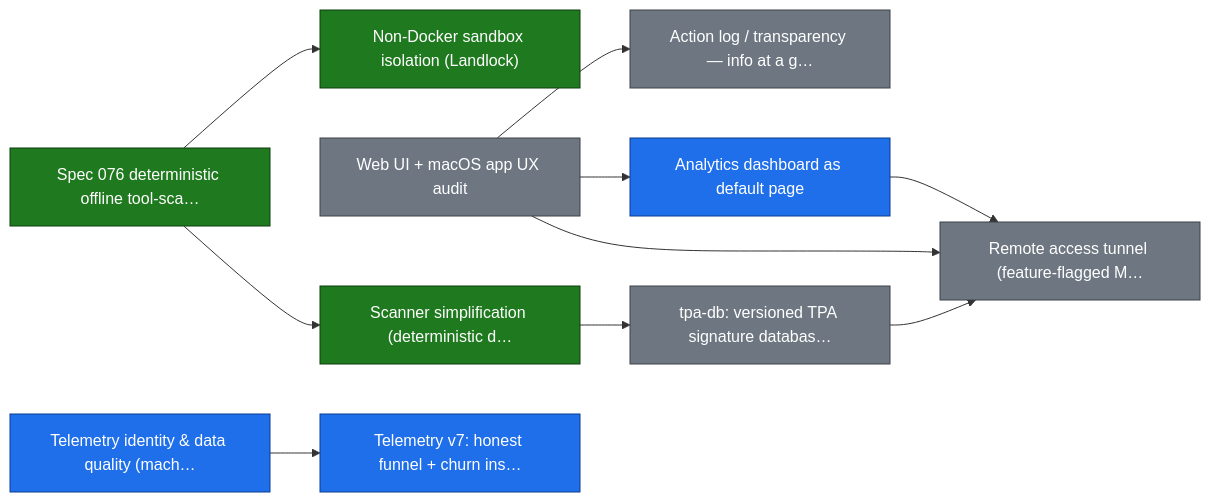
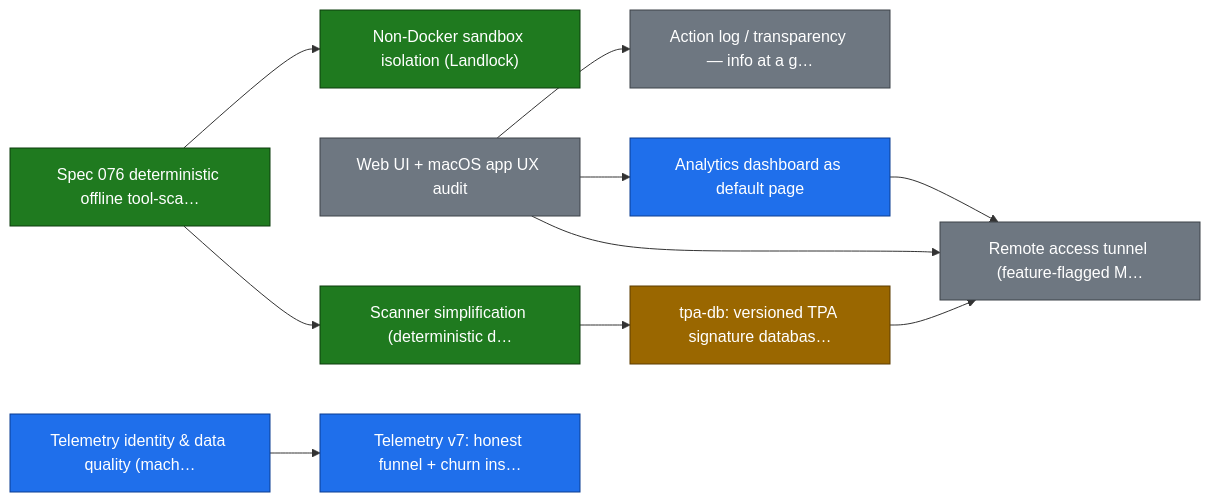
The first of 18 diagrams in ROADMAP.md (smart-mcp-proxy/mcpproxy-go), drawn with Mermaid before and after one commit. The commit also changed other lines of this file and 1 other file, not shown here.

First line of the commit message:
chore(roadmap): sync statuses — QA-gate T2 done, mcp-2026 unblocked, specs 101/102 tracked

````diff
--- a/ROADMAP.md
+++ b/ROADMAP.md
@@ -36,30 +36,32 @@
 ```mermaid
 graph LR
   sandbox_isolation["Non-Docker sandbox isolation (Landlock)"]
   scanner_v2["Spec 076 deterministic offline tool-sca…"]
   ux_audit["Web UI + macOS app UX audit"]
   action_log_transparency["Action log / transparency — info at a g…"]
   analytics_dashboard["Analytics dashboard as default page"]
   scanner_simplification["Scanner simplification (deterministic d…"]
   tpa_db["tpa-db: versioned TPA signature databas…"]
   remote_access_tunnel["Remote access tunnel (feature-flagged M…"]
   telemetry_identity["Telemetry identity & data quality (mach…"]
   telemetry_v7_churn["Telemetry v7: honest funnel + churn ins…"]
 
   scanner_v2 --> sandbox_isolation
   ux_audit --> action_log_transparency
   ux_audit --> analytics_dashboard
   scanner_v2 --> scanner_simplification
   scanner_simplification --> tpa_db
   tpa_db --> remote_access_tunnel
   ux_audit --> remote_access_tunnel
   analytics_dashboard --> remote_access_tunnel
   telemetry_identity --> telemetry_v7_churn
 
   classDef done fill:#1f7a1f,stroke:#0d3d0d,color:#ffffff;
   classDef in_progress fill:#1f6feb,stroke:#0b3d91,color:#ffffff;
+  classDef in_review fill:#9a6700,stroke:#5c3d00,color:#ffffff;
   classDef todo fill:#6e7781,stroke:#3d4248,color:#ffffff;
   class sandbox_isolation,scanner_v2,scanner_simplification done;
   class analytics_dashboard,telemetry_identity,telemetry_v7_churn in_progress;
-  class ux_audit,action_log_transparency,tpa_db,remote_access_tunnel todo;
+  class tpa_db in_review;
+  class ux_audit,action_log_transparency,remote_access_tunnel todo;
 ```
````
